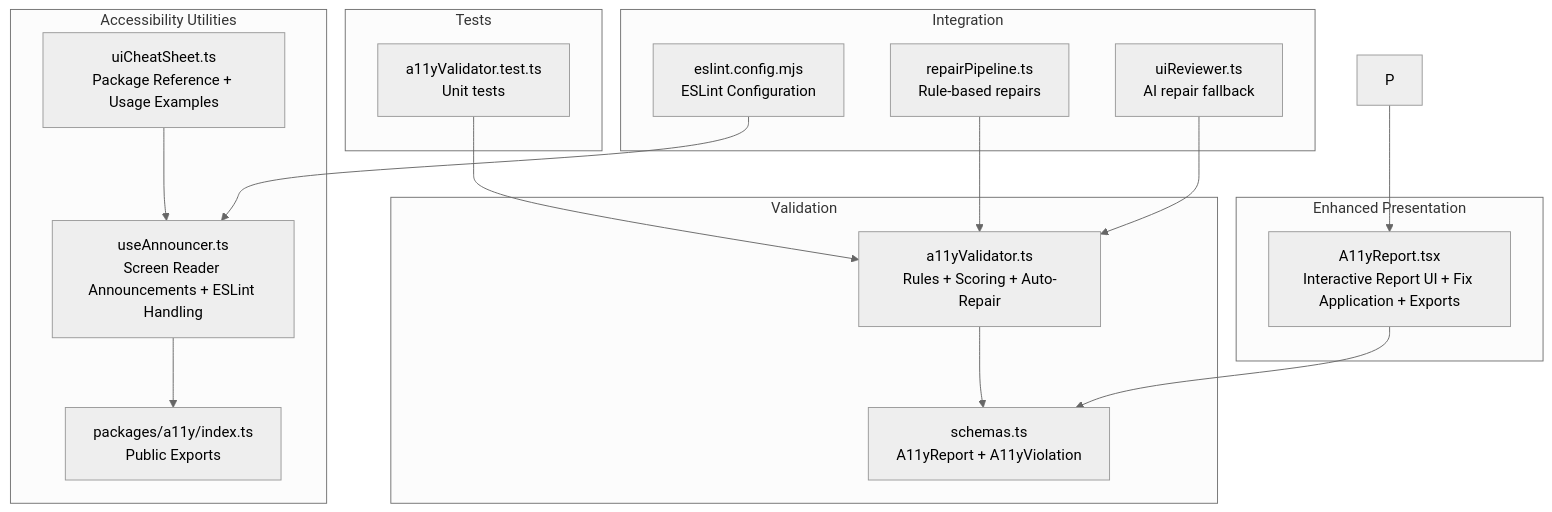
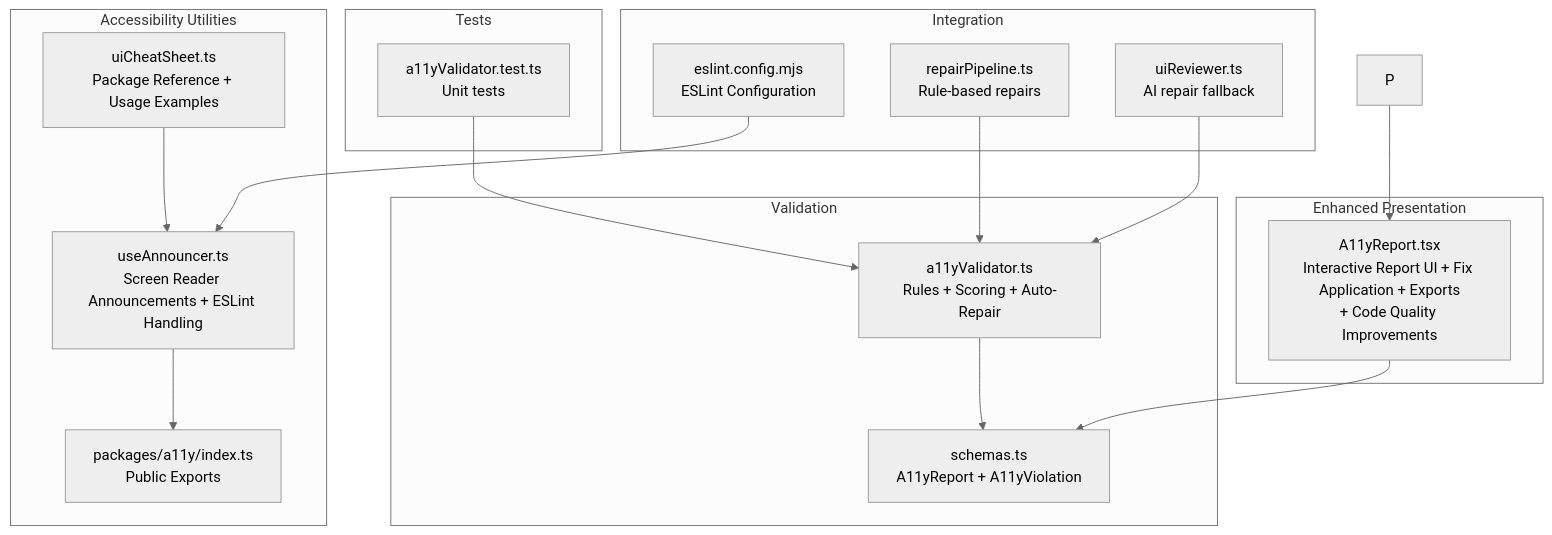
Before and after one commit to shekhargiri005-dotcom/AI-powered-accessibility-first-UI-engine: the first of 9 diagrams in .qoder/repowiki/en/content/Validation & Quality Assurance/Accessibility Validation (WCAG 2.1 AA).md, drawn with Mermaid (neutral theme). The commit also changed other lines of this file and 27 other files, not shown here.

````diff
--- a/.qoder/repowiki/en/content/Validation & Quality Assurance/Accessibility Validation (WCAG 2.1 AA).md
+++ b/.qoder/repowiki/en/content/Validation & Quality Assurance/Accessibility Validation (WCAG 2.1 AA).md
@@ -48,32 +49,32 @@
 ```mermaid
 graph TB
 subgraph "Validation"
 V["a11yValidator.ts<br/>Rules + Scoring + Auto-Repair"]
 S["schemas.ts<br/>A11yReport + A11yViolation"]
 end
 subgraph "Enhanced Presentation"
-R["A11yReport.tsx<br/>Interactive Report UI + Fix Application + Exports"]
+R["A11yReport.tsx<br/>Interactive Report UI + Fix Application + Exports<br/>+ Code Quality Improvements"]
 end
 subgraph "Accessibility Utilities"
 UA["useAnnouncer.ts<br/>Screen Reader Announcements + ESLint Handling"]
 UI["uiCheatSheet.ts<br/>Package Reference + Usage Examples"]
 IDX["packages/a11y/index.ts<br/>Public Exports"]
 end
 subgraph "Tests"
 T["a11yValidator.test.ts<br/>Unit tests"]
 end
 subgraph "Integration"
 RP["repairPipeline.ts<br/>Rule-based repairs"]
 UR["uiReviewer.ts<br/>AI repair fallback"]
 ESL["eslint.config.mjs<br/>ESLint Configuration"]
 end
 V --> S
 R --> S
 UA --> IDX
 UI --> UA
 T --> V
 RP --> V
 UR --> V
 ESL --> UA
 P --> R
 ```
````
